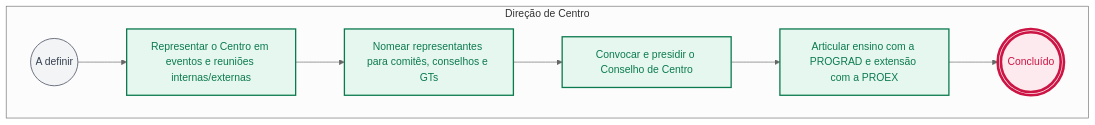
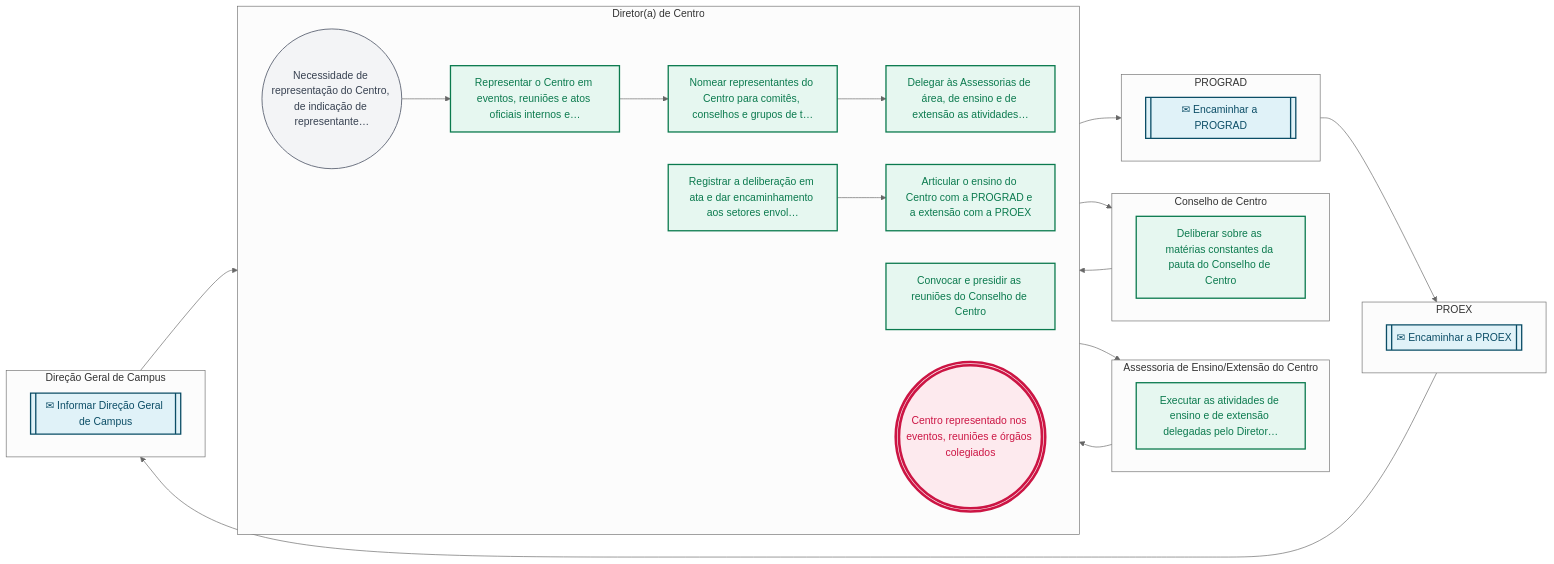
The second of 2 diagrams in pops/DCEN/DCEN-00.md (jessefers/canvas-vivo-atdg), drawn with Mermaid (neutral theme) before and after one commit. The commit also changed other lines of this file and 9 other files, not shown here.

````diff
--- a/pops/DCEN/DCEN-00.md
+++ b/pops/DCEN/DCEN-00.md
@@ -117,26 +161,56 @@
 ```mermaid
 flowchart LR
-  subgraph R1["Direção de Centro"]
+  subgraph R1["Diretor(a) de Centro"]
     direction LR
-    e1(("A definir"))
-    e2["Representar o Centro em eventos e reuniões internas/externas"]
-    e3["Nomear representantes para comitês, conselhos e GTs"]
-    e4["Convocar e presidir o Conselho de Centro"]
-    e5["Articular ensino com a PROGRAD e extensão com a PROEX"]
-    e6((("Concluído")))
+    e1(("Necessidade de representação do Centro, de indicação de representante…"))
+    e2["Representar o Centro em eventos, reuniões e atos oficiais internos e…"]
+    e3["Nomear representantes do Centro para comitês, conselhos e grupos de t…"]
+    e4["Delegar às Assessorias de área, de ensino e de extensão as atividades…"]
+    e6["Convocar e presidir as reuniões do Conselho de Centro"]
+    e8["Registrar a deliberação em ata e dar encaminhamento aos setores envol…"]
+    e9["Articular o ensino do Centro com a PROGRAD e a extensão com a PROEX"]
+    e13((("Centro representado nos eventos, reuniões e órgãos colegiados")))
+  end
+  subgraph R2["Assessoria de Ensino/Extensão do Centro"]
+    direction LR
+    e5["Executar as atividades de ensino e de extensão delegadas pelo Diretor…"]
+  end
+  subgraph R3["Conselho de Centro"]
+    direction LR
+    e7["Deliberar sobre as matérias constantes da pauta do Conselho de Centro"]
+  end
+  subgraph R4["PROGRAD"]
+    direction LR
+    e10[["✉ Encaminhar a PROGRAD"]]
+  end
+  subgraph R5["PROEX"]
+    direction LR
+    e11[["✉ Encaminhar a PROEX"]]
+  end
+  subgraph R6["Direção Geral de Campus"]
+    direction LR
+    e12[["✉ Informar Direção Geral de Campus"]]
   end
   e1 --> e2
   e2 --> e3
   e3 --> e4
   e4 --> e5
   e5 --> e6
+  e6 --> e7
+  e7 --> e8
+  e8 --> e9
+  e9 --> e10
+  e10 --> e11
+  e11 --> e12
+  e12 --> e13
   classDef inicio fill:#f3f4f6,stroke:#6b7280,stroke-width:1.5px,color:#374151
   classDef atividade fill:#E6F7F0,stroke:#0B7A4E,stroke-width:2px,color:#0B7A4E
   classDef decisao fill:#FFF4ED,stroke:#C9783A,stroke-width:2px,color:#C9783A
   classDef fim fill:#FDEAEE,stroke:#CC1544,stroke-width:4px,color:#CC1544
   classDef pausa fill:#FDEAEE,stroke:#CC1544,stroke-width:2px,color:#CC1544
   classDef captura fill:#E0F2F8,stroke:#0B4D66,stroke-width:2px,color:#0B4D66
   class e1 inicio
-  class e2,e3,e4,e5 atividade
-  class e6 fim
+  class e2,e3,e4,e5,e6,e7,e8,e9 atividade
+  class e10,e11,e12 captura
+  class e13 fim
 ```
````
